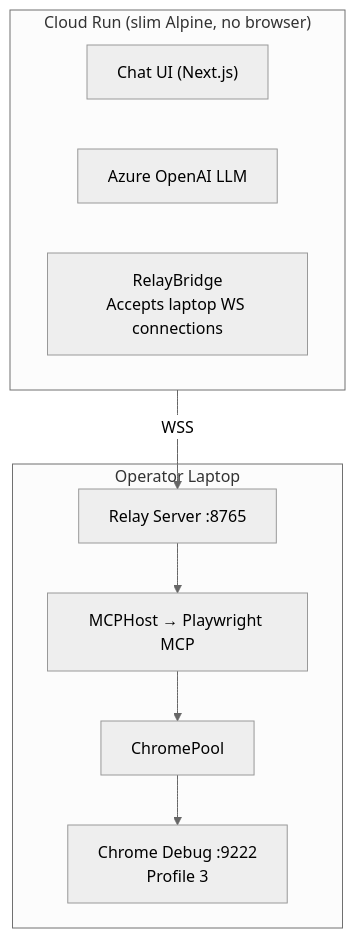
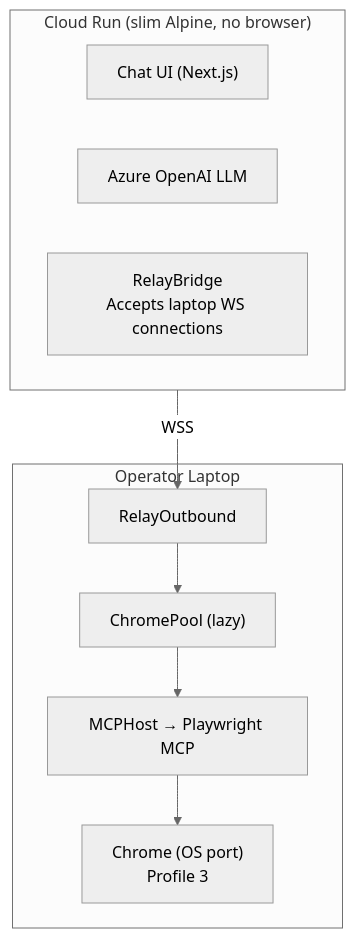
One commit to rohitsingh30/shofferAi changed the second of 2 diagrams in CLAUDE.md. Above: the diagram before and after it, drawn with Mermaid (neutral theme). The commit also changed other lines of this file and 9 other files, not shown here.

First line of the commit message:
refactor: lazy ChromePool + OS-assigned ports, no manual Chrome needed

````diff
--- a/CLAUDE.md
+++ b/CLAUDE.md
@@ -99,18 +96,18 @@
 ```mermaid
 graph TB
     subgraph Cloud["Cloud Run (slim Alpine, no browser)"]
         WebUI["Chat UI (Next.js)"]
         LLM["Azure OpenAI LLM"]
         RB["RelayBridge<br/>Accepts laptop WS connections"]
     end
     subgraph Laptop["Operator Laptop"]
-        RS["Relay Server :8765"]
-        Pool["ChromePool"]
+        RS["RelayOutbound"]
+        Pool["ChromePool (lazy)"]
         MCP["MCPHost → Playwright MCP"]
-        Chrome["Chrome Debug :9222<br/>Profile 3"]
-        RS --> MCP
-        MCP --> Pool
-        Pool --> Chrome
+        Chrome["Chrome (OS port)<br/>Profile 3"]
+        RS --> Pool
+        Pool --> MCP
+        MCP --> Chrome
     end
     Cloud -->|"WSS"| RS
 ```
````
